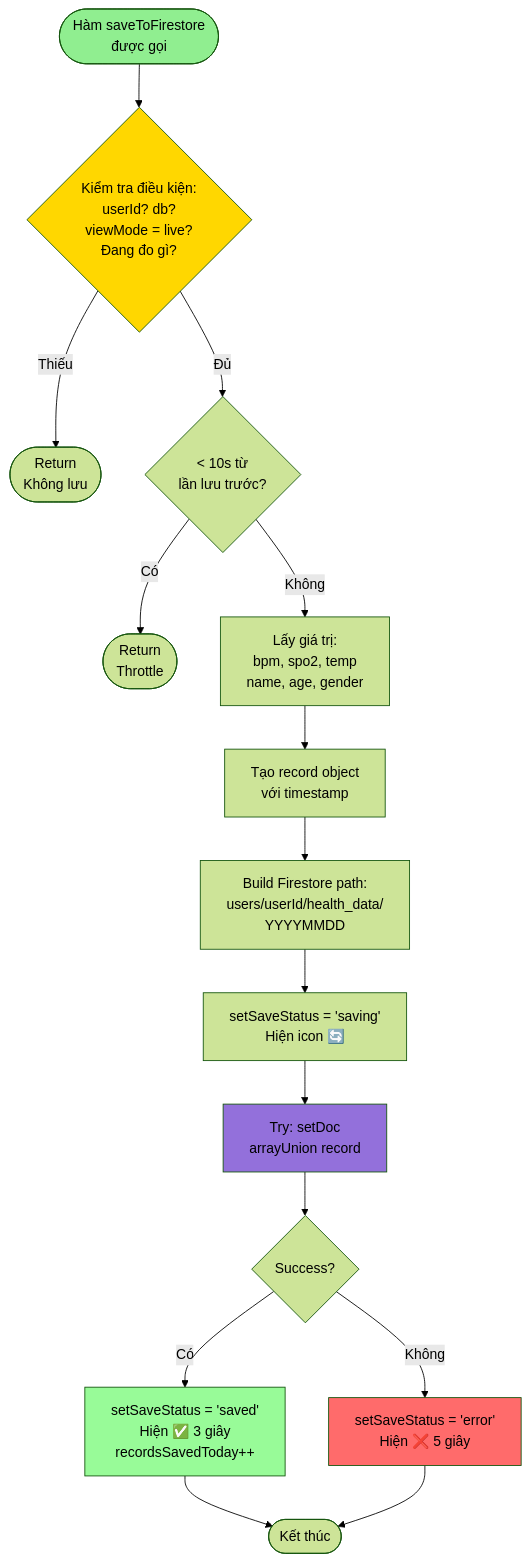
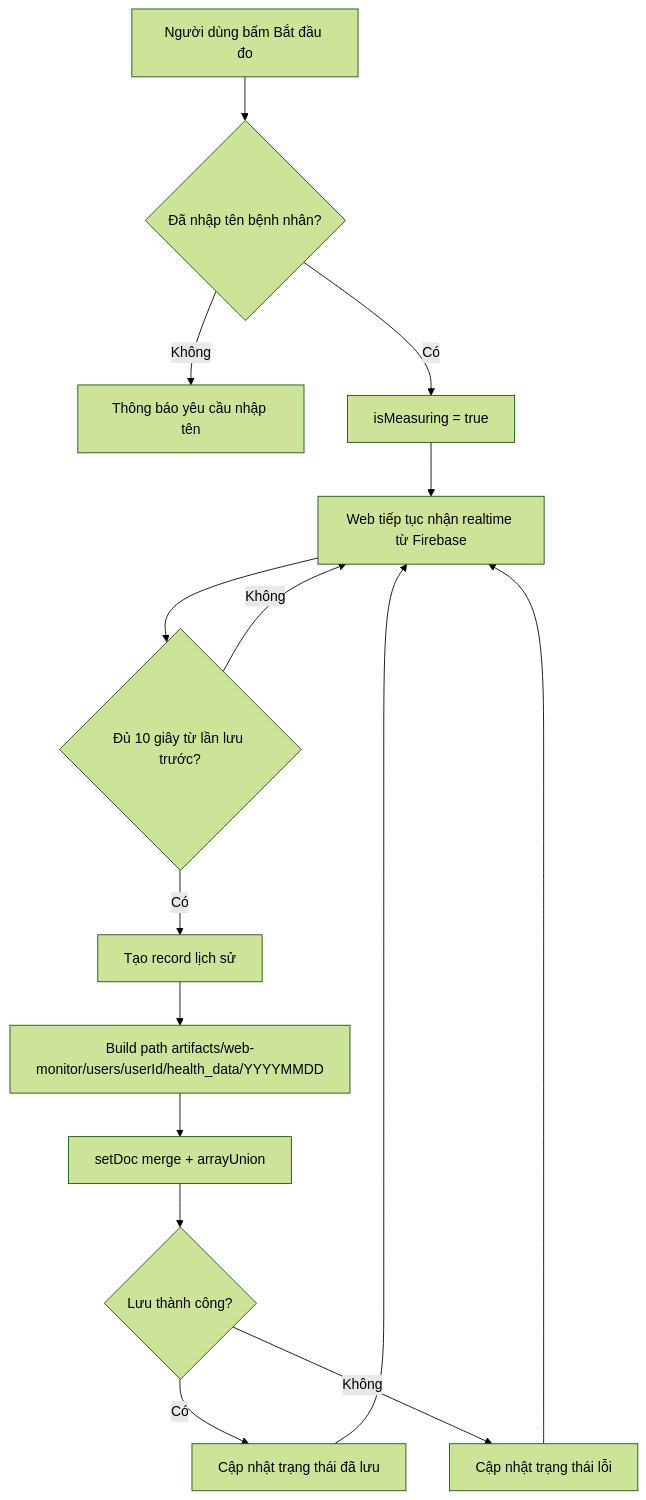
The sixth of 9 diagrams in LUU_DO_HE_THONG.md (DvCay/Doantotnghiep), drawn with Mermaid (forest theme) before and after one commit. The commit also changed other lines of this file and 12 other files, not shown here.

````diff
--- a/LUU_DO_HE_THONG.md
+++ b/LUU_DO_HE_THONG.md
@@ -276,31 +116,17 @@
 ```mermaid
 flowchart TD
-    Start([Hàm saveToFirestore<br/>được gọi]) --> CheckConditions{Kiểm tra điều kiện:<br/>userId? db?<br/>viewMode = live?<br/>Đang đo gì?}
-    
-    CheckConditions -->|Thiếu| Return1([Return<br/>Không lưu])
-    
-    CheckConditions -->|Đủ| CheckThrottle{< 10s từ<br/>lần lưu trước?}
-    CheckThrottle -->|Có| Return2([Return<br/>Throttle])
-    
-    CheckThrottle -->|Không| GetValues[Lấy giá trị:<br/>bpm, spo2, temp<br/>name, age, gender]
-    
-    GetValues --> CreateRecord[Tạo record object<br/>với timestamp]
-    CreateRecord --> BuildPath[Build Firestore path:<br/>users/userId/health_data/<br/>YYYYMMDD]
-    
-    BuildPath --> SetStatusSaving[setSaveStatus = 'saving'<br/>Hiện icon 🔄]
-    SetStatusSaving --> TrySetDoc[Try: setDoc<br/>arrayUnion record]
-    
-    TrySetDoc --> CheckSuccess{Success?}
-    
-    CheckSuccess -->|Có| ShowSuccess[setSaveStatus = 'saved'<br/>Hiện ✅ 3 giây<br/>recordsSavedToday++]
-    CheckSuccess -->|Không| ShowError[setSaveStatus = 'error'<br/>Hiện ❌ 5 giây]
-    
-    ShowSuccess --> End([Kết thúc])
-    ShowError --> End
-    
-    style Start fill:#90EE90
-    style CheckConditions fill:#FFD700
-    style TrySetDoc fill:#9370DB
-    style ShowSuccess fill:#98FB98
-    style ShowError fill:#FF6B6B
+    A[Người dùng bấm Bắt đầu đo] --> B{Đã nhập tên bệnh nhân?}
+    B -->|Không| C[Thông báo yêu cầu nhập tên]
+    B -->|Có| D[isMeasuring = true]
+    D --> E[Web tiếp tục nhận realtime từ Firebase]
+    E --> F{Đủ 10 giây từ lần lưu trước?}
+    F -->|Không| E
+    F -->|Có| G[Tạo record lịch sử]
+    G --> H[Build path artifacts/web-monitor/users/userId/health_data/YYYYMMDD]
+    H --> I[setDoc merge + arrayUnion]
+    I --> J{Lưu thành công?}
+    J -->|Có| K[Cập nhật trạng thái đã lưu]
+    J -->|Không| L[Cập nhật trạng thái lỗi]
+    K --> E
+    L --> E
 ```
````
